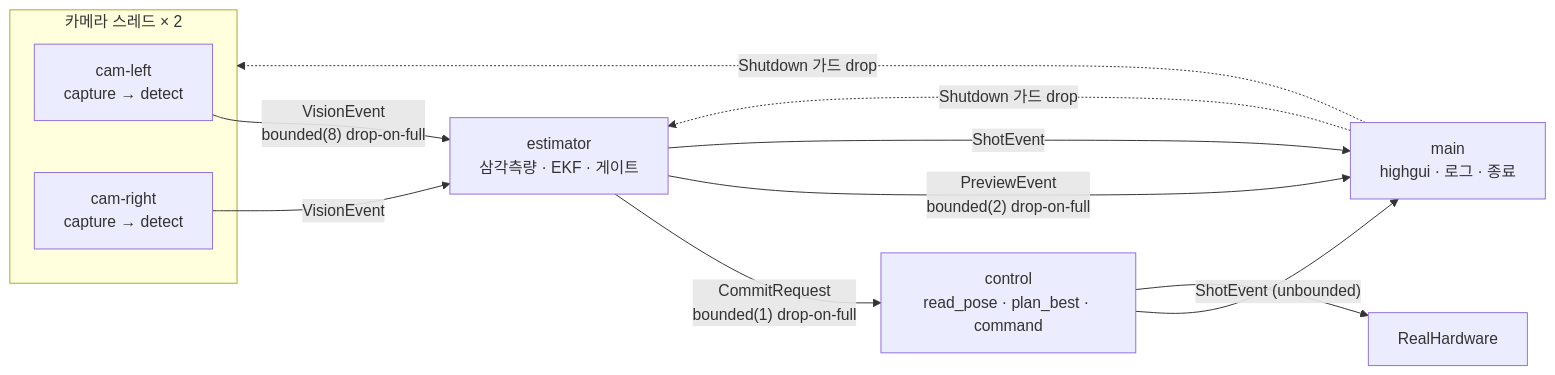
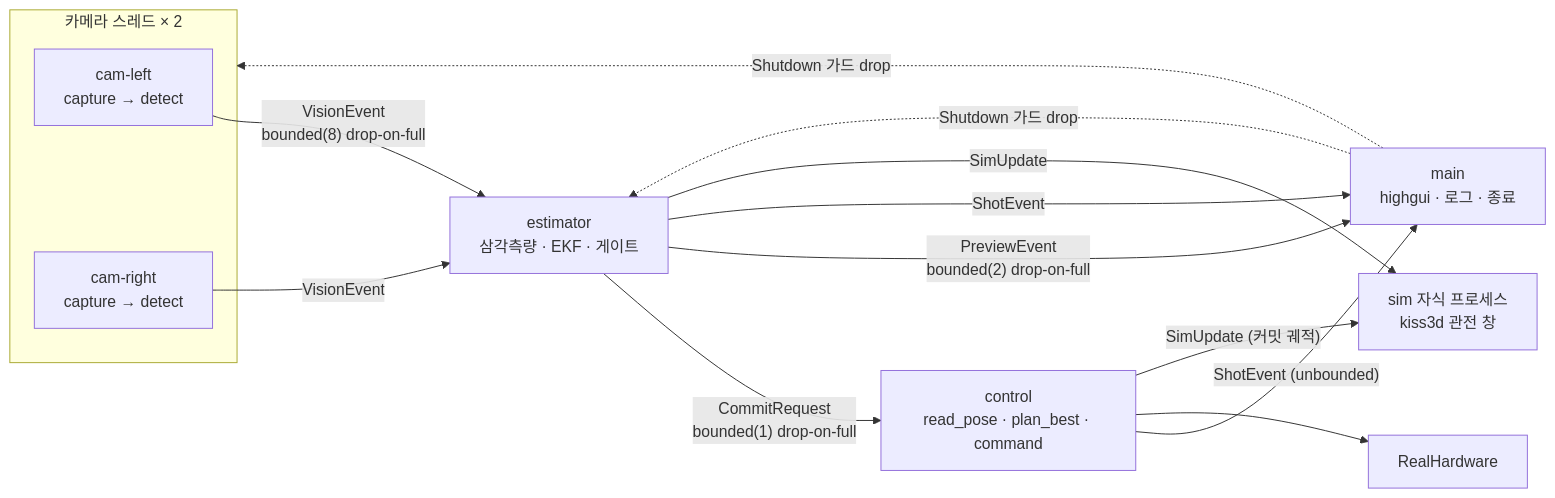
The first of 4 diagrams in src/real/README.md (luv-all/pingpong-bot), drawn with Mermaid before and after one commit. The commit also changed other lines of this file and 16 other files, not shown here.

````diff
--- a/src/real/README.md
+++ b/src/real/README.md
@@ -52,23 +70,25 @@
 ```mermaid
 flowchart LR
   subgraph cams ["카메라 스레드 × 2"]
     camL["cam-left<br/>capture → detect"]
     camR["cam-right<br/>capture → detect"]
   end
 
   est["estimator<br/>삼각측량 · EKF · 게이트"]
   ctl["control<br/>read_pose · plan_best · command"]
   main["main<br/>highgui · 로그 · 종료"]
   hw["RealHardware"]
 
   camL -->|"VisionEvent<br/>bounded(8) drop-on-full"| est
   camR -->|"VisionEvent"| est
   est -->|"CommitRequest<br/>bounded(1) drop-on-full"| ctl
   est -->|"PreviewEvent<br/>bounded(2) drop-on-full"| main
   est -->|"ShotEvent"| main
   ctl -->|"ShotEvent (unbounded)"| main
   ctl --> hw
+  est -->|"SimUpdate"| sim["sim 자식 프로세스<br/>kiss3d 관전 창"]
+  ctl -->|"SimUpdate (커밋 궤적)"| sim
 
   main -.->|"Shutdown 가드 drop"| cams
   main -.->|"Shutdown 가드 drop"| est
 ```
````
